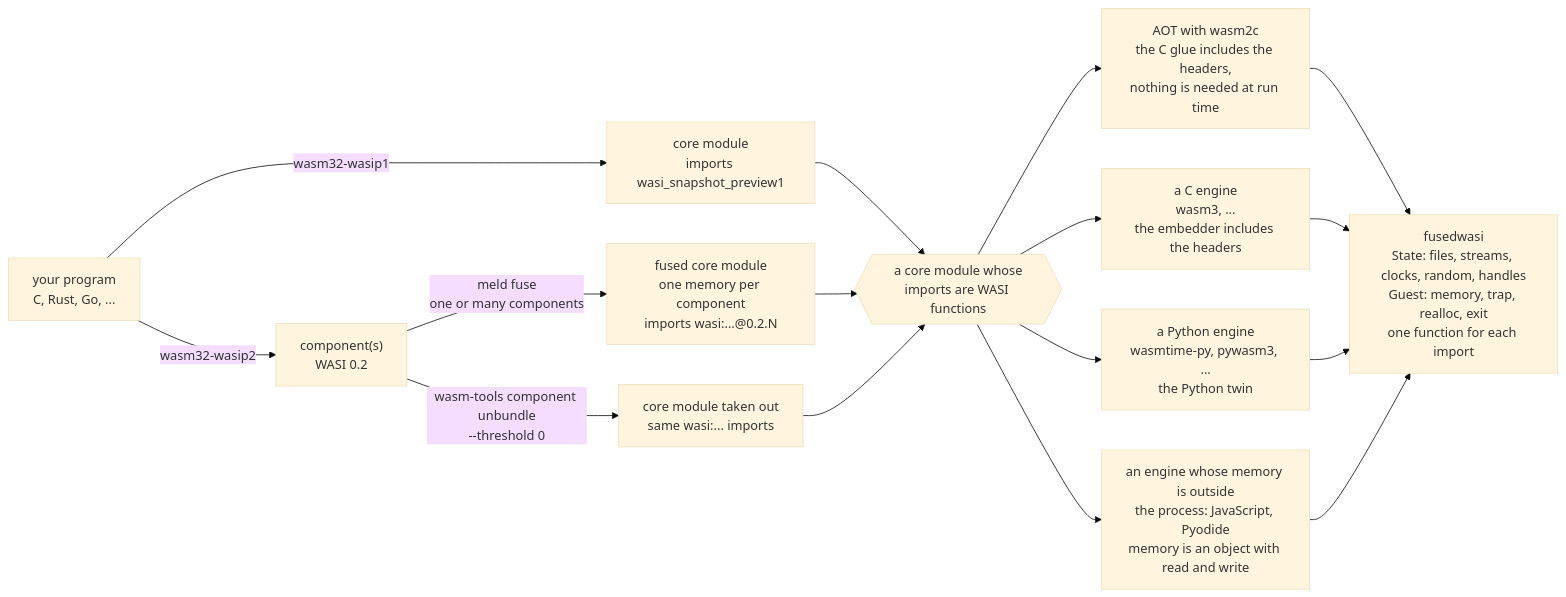
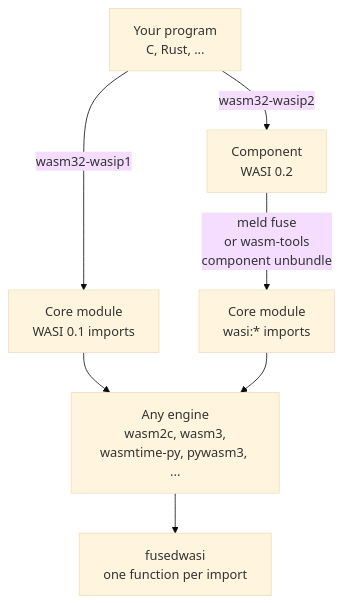
The first of 2 diagrams in README.md (natify-sh/fusedwasi), drawn with Mermaid (base theme) before and after one commit. The commit also changed other lines of this file, not shown here.

Commit message:
README: the two diagrams are narrow and simple (a vertical flow of six boxes, a sequence of three participants)

````diff
--- a/README.md
+++ b/README.md
@@ -53,22 +53,10 @@
 ```mermaid
-flowchart LR
-    src["your program<br/>C, Rust, Go, ..."]
-    src -->|"wasm32-wasip1"| core1["core module<br/>imports wasi_snapshot_preview1"]
-    src -->|"wasm32-wasip2"| comp["component(s)<br/>WASI 0.2"]
-    comp -->|"meld fuse<br/>one or many components"| fused["fused core module<br/>one memory per component<br/>imports wasi:...@0.2.N"]
-    comp -->|"wasm-tools component unbundle<br/>--threshold 0"| unb["core module taken out<br/>same wasi:... imports"]
-
-    core1 --> any{{"a core module whose<br/>imports are WASI functions"}}
-    fused --> any
-    unb --> any
-
-    any --> aot["AOT with wasm2c<br/>the C glue includes the headers,<br/>nothing is needed at run time"]
-    any --> ceng["a C engine<br/>wasm3, ...<br/>the embedder includes the headers"]
-    any --> peng["a Python engine<br/>wasmtime-py, pywasm3, ...<br/>the Python twin"]
-    any --> oop["an engine whose memory is outside<br/>the process: JavaScript, Pyodide<br/>memory is an object with read and write"]
-
-    aot --> fw["fusedwasi<br/>State: files, streams, clocks, random, handles<br/>Guest: memory, trap, realloc, exit<br/>one function for each import"]
-    ceng --> fw
-    peng --> fw
-    oop --> fw
+flowchart TB
+    A["Your program<br/>C, Rust, ..."]
+    A -->|"wasm32-wasip1"| M1["Core module<br/>WASI 0.1 imports"]
+    A -->|"wasm32-wasip2"| C["Component<br/>WASI 0.2"]
+    C -->|"meld fuse<br/>or wasm-tools<br/>component unbundle"| M2["Core module<br/>wasi:* imports"]
+    M1 --> E["Any engine<br/>wasm2c, wasm3,<br/>wasmtime-py, pywasm3, ..."]
+    M2 --> E
+    E --> F["fusedwasi<br/>one function per import"]
 ```
````
